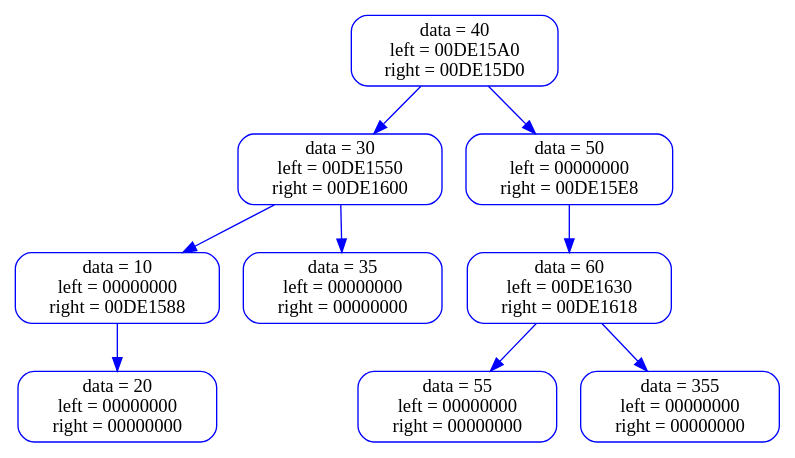
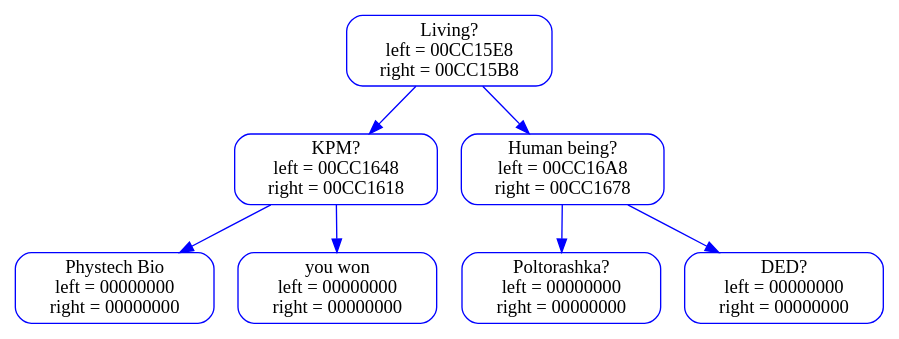
The diagram in log_folder_acinator/acinator_graph.dot (aywert/ACINATOR), drawn with Graphviz before and after one commit. The commit also changed 6 other files, not shown here.

```diff
--- a/log_folder_acinator/acinator_graph.dot
+++ b/log_folder_acinator/acinator_graph.dot
@@ -1,39 +1,31 @@
 digraph list
 {
 rankdir=HR;
-	14554552 [shape="rectangle", style="rounded", color="blue", label = " data = 40
- left = 00DE15A0
- right = 00DE15D0"];
-	14554528 [shape="rectangle", style="rounded", color="blue", label = " data = 30
- left = 00DE1550
- right = 00DE1600"];
-	14554552 -> 14554528 [color="blue"]
-	14554448 [shape="rectangle", style="rounded", color="blue", label = " data = 10
- left = 00000000
- right = 00DE1588"];
-	14554528 -> 14554448 [color="blue"]
-	14554504 [shape="rectangle", style="rounded", color="blue", label = " data = 20
+	13374856 [shape="rectangle", style="rounded", color="blue", label = " Living?
+ left = 00CC15E8
+ right = 00CC15B8"];
+	13374952 [shape="rectangle", style="rounded", color="blue", label = " KPM?
+ left = 00CC1648
+ right = 00CC1618"];
+	13374856 -> 13374952 [color="blue"]
+	13375048 [shape="rectangle", style="rounded", color="blue", label = " Phystech Bio
  left = 00000000
  right = 00000000"];
-	14554448 -> 14554504 [color="blue"]
-	14554624 [shape="rectangle", style="rounded", color="blue", label = " data = 35
+	13374952 -> 13375048 [color="blue"]
+	13375000 [shape="rectangle", style="rounded", color="blue", label = " you won
  left = 00000000
  right = 00000000"];
-	14554528 -> 14554624 [color="blue"]
-	14554576 [shape="rectangle", style="rounded", color="blue", label = " data = 50
- left = 00000000
- right = 00DE15E8"];
-	14554552 -> 14554576 [color="blue"]
-	14554600 [shape="rectangle", style="rounded", color="blue", label = " data = 60
- left = 00DE1630
- right = 00DE1618"];
-	14554576 -> 14554600 [color="blue"]
-	14554672 [shape="rectangle", style="rounded", color="blue", label = " data = 55
+	13374952 -> 13375000 [color="blue"]
+	13374904 [shape="rectangle", style="rounded", color="blue", label = " Human being?
+ left = 00CC16A8
+ right = 00CC1678"];
+	13374856 -> 13374904 [color="blue"]
+	13375144 [shape="rectangle", style="rounded", color="blue", label = " Poltorashka?
  left = 00000000
  right = 00000000"];
-	14554600 -> 14554672 [color="blue"]
-	14554648 [shape="rectangle", style="rounded", color="blue", label = " data = 355
+	13374904 -> 13375144 [color="blue"]
+	13375096 [shape="rectangle", style="rounded", color="blue", label = " DED?
  left = 00000000
  right = 00000000"];
-	14554600 -> 14554648 [color="blue"]
+	13374904 -> 13375096 [color="blue"]
 	}
```
